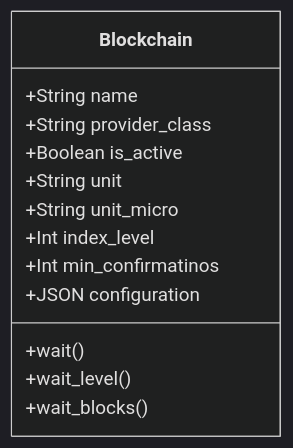
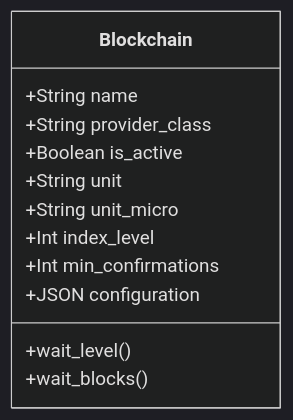
The third of 7 diagrams in docs/paper/djwebdapp_v0.5.org (yourlabs/djWebdApp), drawn with Mermaid (dark theme) before and after one commit. The commit also changed other lines of this file and 2 other files, not shown here.

```diff
--- a/docs/paper/djwebdapp_v0.5.org
+++ b/docs/paper/djwebdapp_v0.5.org
@@ -55,16 +167,15 @@
 #+begin_src mermaid :file images/blockchain_class.png :pupeteer-config-file ~/puppeteerConfigFile.json
 classDiagram
     class Blockchain
     Blockchain: +String name
     Blockchain: +String provider_class
     Blockchain: +Boolean is_active
     Blockchain: +String unit
     Blockchain: +String unit_micro
     Blockchain: +Int index_level
-    Blockchain: +Int min_confirmatinos
+    Blockchain: +Int min_confirmations
     Blockchain: +JSON configuration
 
-    Blockchain: +wait()
     Blockchain: +wait_level()
     Blockchain: +wait_blocks()
 #+end_src
```
